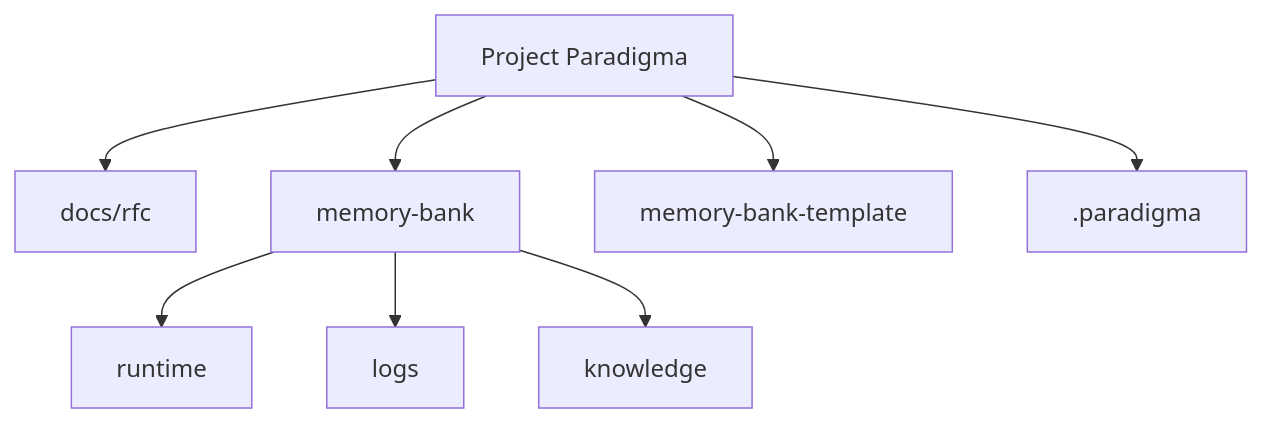
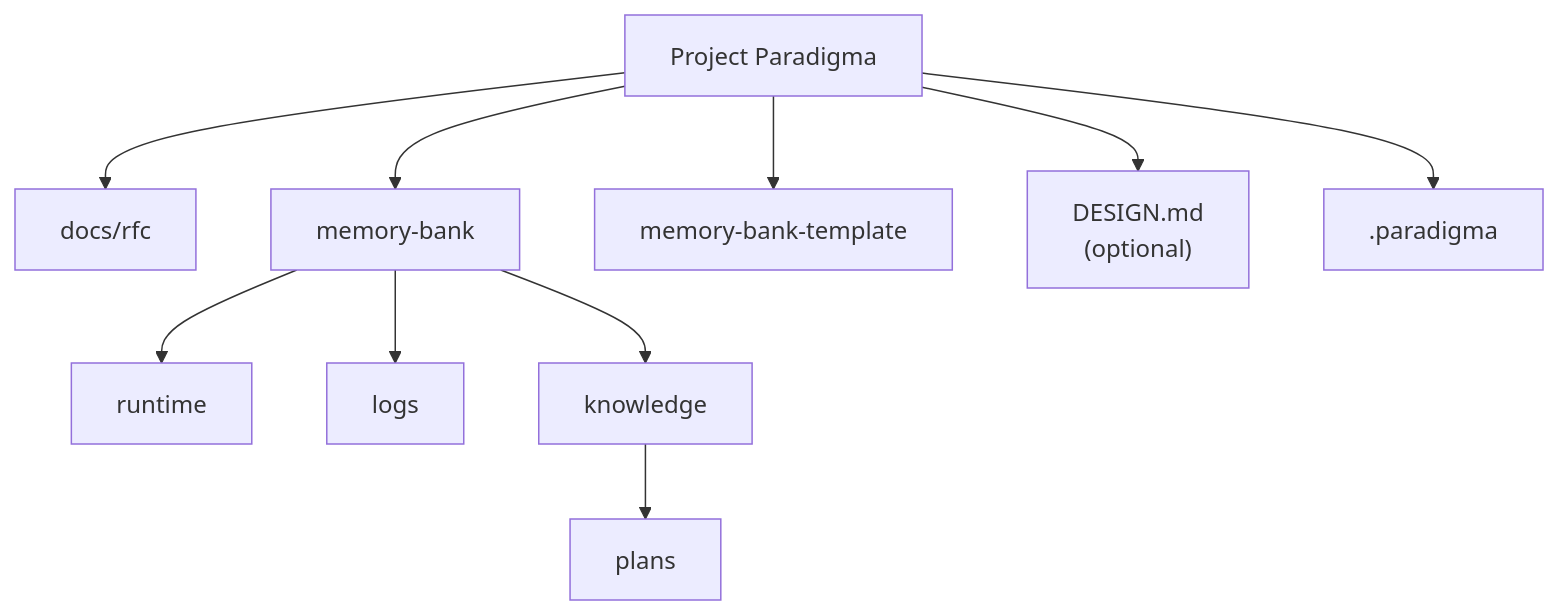
One commit to Marz42/paradigma changed the diagram in README.md. Above: the diagram before and after it, drawn with Mermaid. The commit also changed other lines of this file and 3 other files, not shown here.

````diff
--- a/README.md
+++ b/README.md
@@ -111,10 +127,12 @@
 ```mermaid
 flowchart TD
     repoRoot["Project Paradigma"] --> docs["docs/rfc"]
     repoRoot --> memoryBank["memory-bank"]
     memoryBank --> runtime["runtime"]
     memoryBank --> logs["logs"]
     memoryBank --> knowledge["knowledge"]
+    knowledge --> plans["plans"]
     repoRoot --> templates["memory-bank-template"]
+    repoRoot --> designMD["DESIGN.md<br/>(optional)"]
     repoRoot --> tooling[".paradigma"]
 ```
````
